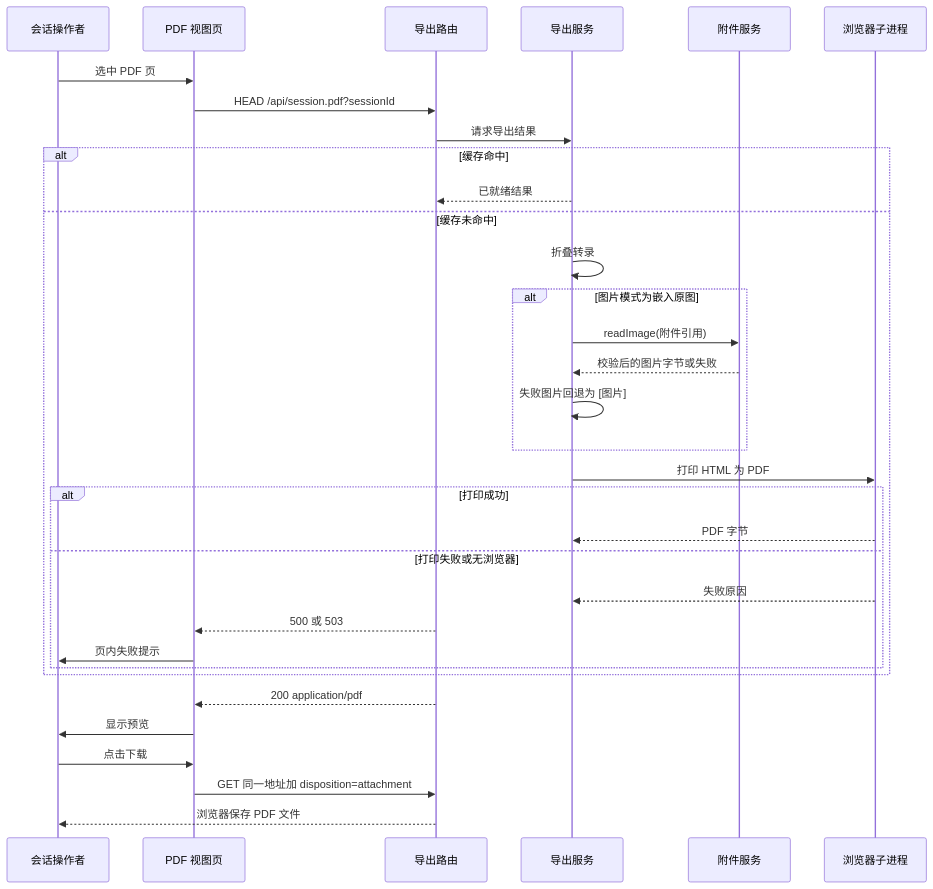
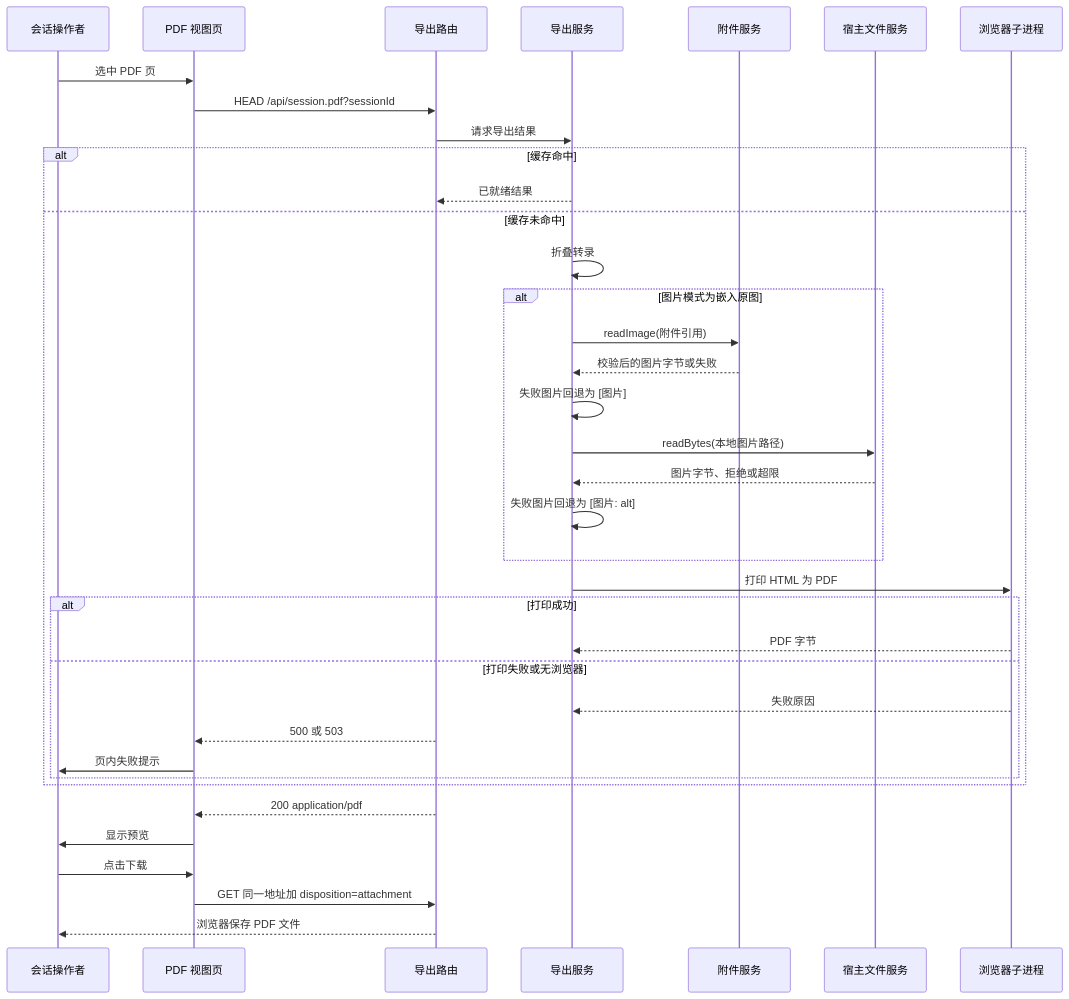
Before and after one commit to ccll/dsh-export-pdf: the third of 6 diagrams in SOLUTION.md, drawn with Mermaid. The commit also changed other lines of this file and 19 other files, not shown here.

First line of the commit message:
⭐ 功能(export-pdf): 嵌入原图覆盖 Markdown 本地图片（T-015）

````diff
--- a/SOLUTION.md
+++ b/SOLUTION.md
@@ -96,35 +98,39 @@
 ```mermaid
 sequenceDiagram
   participant U as 会话操作者
   participant V as PDF 视图页
   participant R as 导出路由
   participant S as 导出服务
   participant A as 附件服务
+  participant F as 宿主文件服务
   participant B as 浏览器子进程
   U->>V: 选中 PDF 页
   V->>R: HEAD /api/session.pdf?sessionId
   R->>S: 请求导出结果
   alt 缓存命中
     S-->>R: 已就绪结果
   else 缓存未命中
     S->>S: 折叠转录
     alt 图片模式为嵌入原图
       S->>A: readImage(附件引用)
       A-->>S: 校验后的图片字节或失败
       S->>S: 失败图片回退为 [图片]
+      S->>F: readBytes(本地图片路径)
+      F-->>S: 图片字节、拒绝或超限
+      S->>S: 失败图片回退为 [图片: alt]
     end
     S->>B: 打印 HTML 为 PDF
     alt 打印成功
       B-->>S: PDF 字节
     else 打印失败或无浏览器
       B-->>S: 失败原因
       R-->>V: 500 或 503
       V->>U: 页内失败提示
     end
   end
   R-->>V: 200 application/pdf
   V->>U: 显示预览
   U->>V: 点击下载
   V->>R: GET 同一地址加 disposition=attachment
   R-->>U: 浏览器保存 PDF 文件
 ```
````
